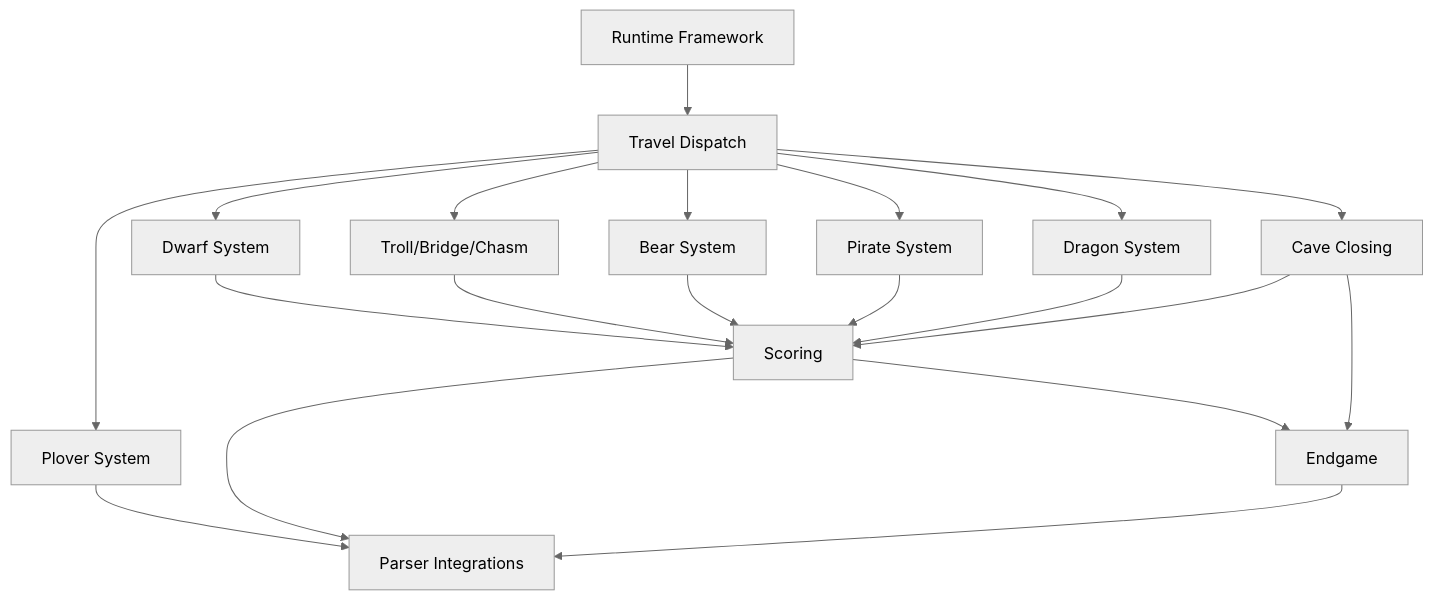
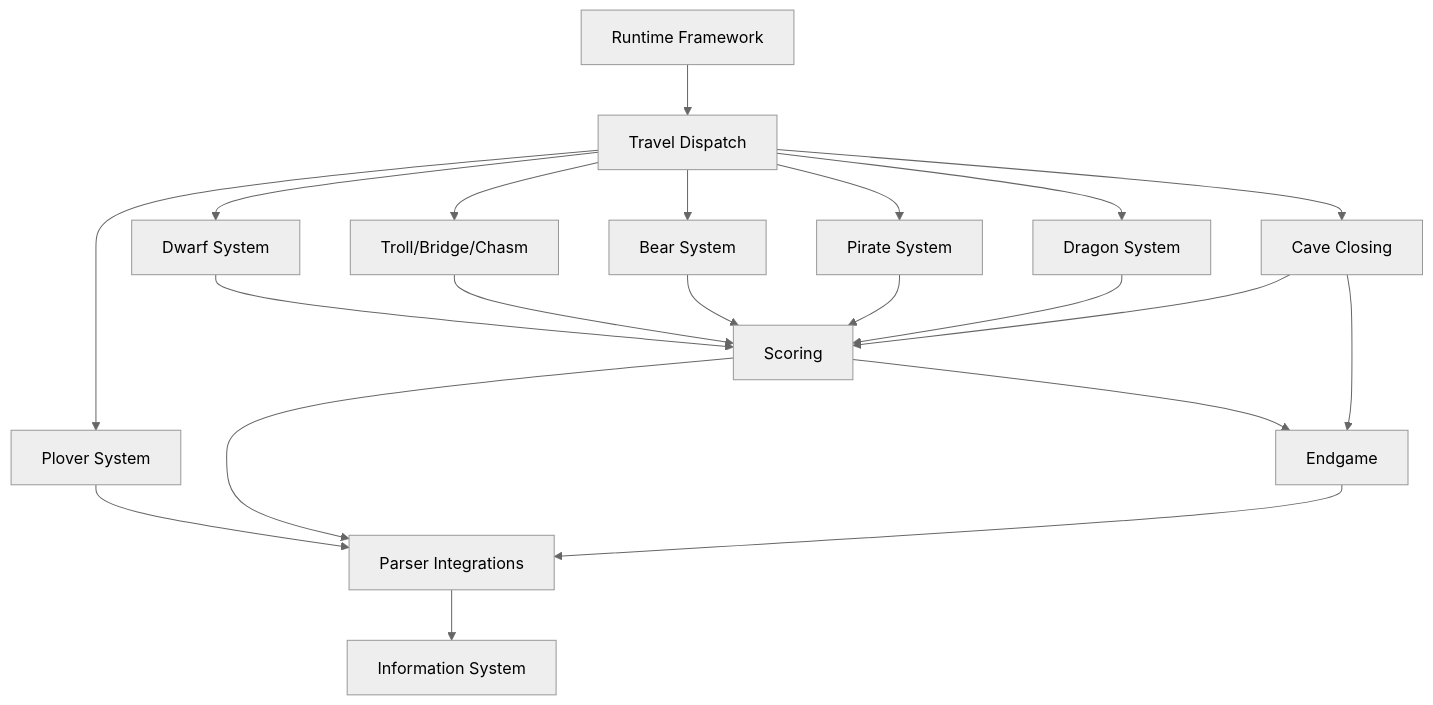
One commit to cdaters/open-adventure-inform7 changed the diagram in docs/architecture/project-roadmap.md. Above: the diagram before and after it, drawn with Mermaid (neutral theme). The commit also changed other lines of this file and 12 other files, not shown here.

Commit message:
Complete Milestone 6B information system

````diff
--- a/docs/architecture/project-roadmap.md
+++ b/docs/architecture/project-roadmap.md
@@ -69,22 +72,23 @@
 ```mermaid
 graph TD
   A[Runtime Framework] --> B[Travel Dispatch]
   B --> C[Plover System]
   B --> D[Dwarf System]
   B --> E[Troll/Bridge/Chasm]
   B --> F[Bear System]
   B --> G[Pirate System]
   B --> H[Dragon System]
   D --> I[Scoring]
   E --> I
   F --> I
   G --> I
   H --> I
   B --> J[Cave Closing]
   J --> I
   C --> K[Parser Integrations]
   I --> K
   J --> L[Endgame]
   I --> L
   L --> K
+  K --> M[Information System]
 ```
````
